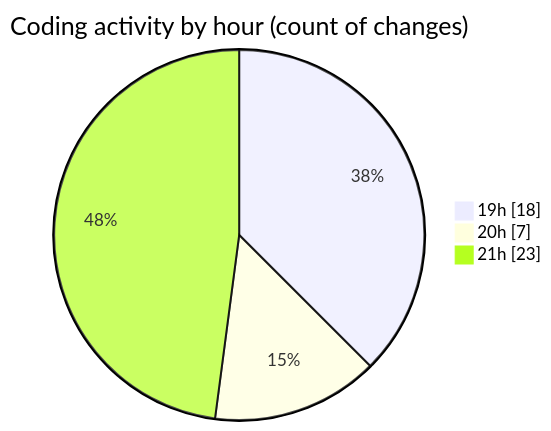
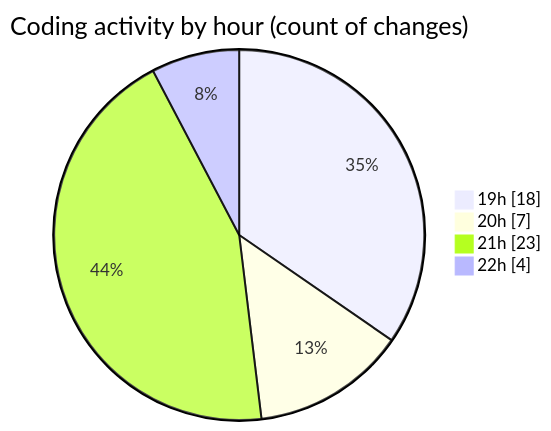
The second of 2 diagrams in 2025-02-05/react_ecom/README.md (Elitesun/code-tracking), drawn with Mermaid before and after one commit. The commit also changed other lines of this file and 1 other file, not shown here.

````diff
--- a/2025-02-05/react_ecom/README.md
+++ b/2025-02-05/react_ecom/README.md
@@ -39,7 +40,8 @@
 ```mermaid
 pie showData
 title Coding activity by hour (count of changes)
 "19h" : 18
 "20h" : 7
 "21h" : 23
+"22h" : 4
 ```
````
